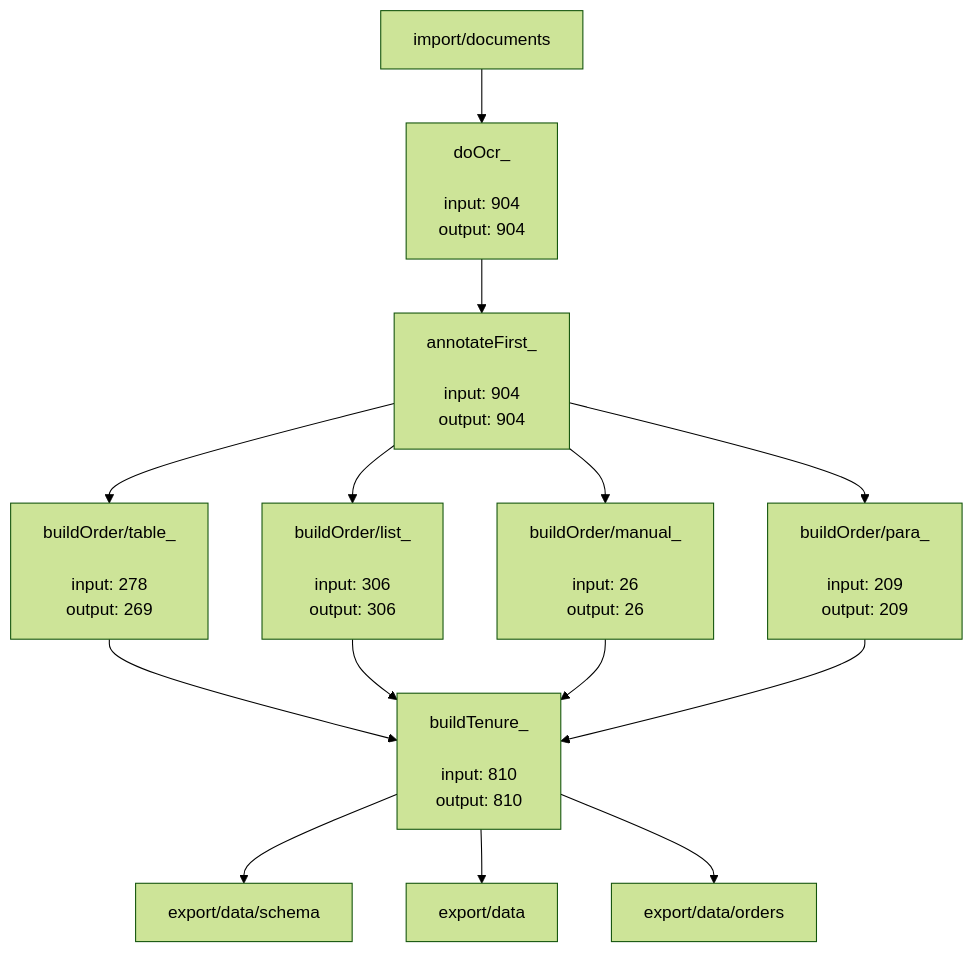
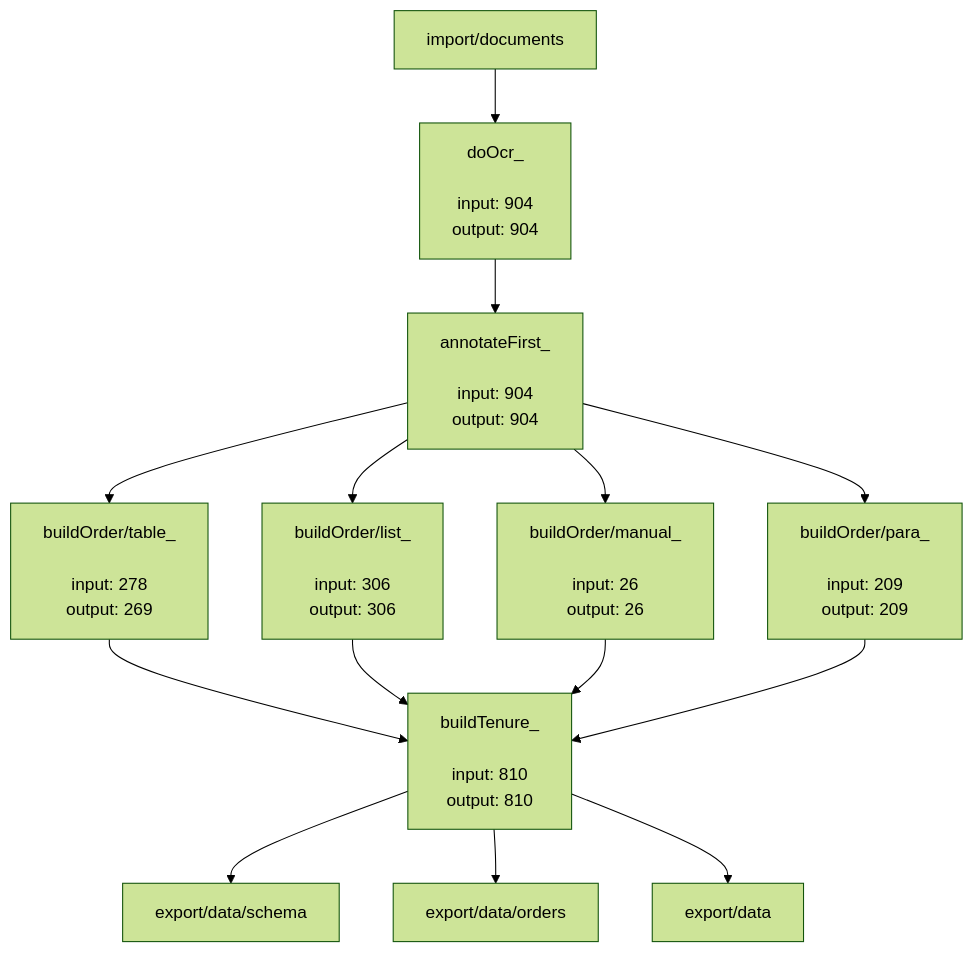
One commit to orgpedia/cabsec changed the diagram in flow/README.md. Above: the diagram before and after it, drawn with Mermaid (forest theme). The commit also changed other lines of this file, not shown here.

````diff
--- a/flow/README.md
+++ b/flow/README.md
@@ -4,27 +4,27 @@
 ```mermaid
 graph TD;
 	buildOrder/table_[<div align=leg>buildOrder/table_</div><br/>input: 278<br/>output: 269] --> buildTenure_[<div align=leg>buildTenure_</div><br/>input: 810<br/>output: 810];
 	buildOrder/list_[<div align=leg>buildOrder/list_</div><br/>input: 306<br/>output: 306] --> buildTenure_[<div align=leg>buildTenure_</div><br/>input: 810<br/>output: 810];
 	buildOrder/manual_[<div align=leg>buildOrder/manual_</div><br/>input: 26<br/>output: 26] --> buildTenure_[<div align=leg>buildTenure_</div><br/>input: 810<br/>output: 810];
 	buildOrder/para_[<div align=leg>buildOrder/para_</div><br/>input: 209<br/>output: 209] --> buildTenure_[<div align=leg>buildTenure_</div><br/>input: 810<br/>output: 810];
 	annotateFirst_[<div align=leg>annotateFirst_</div><br/>input: 904<br/>output: 904] --> buildOrder/table_;
 	annotateFirst_[<div align=leg>annotateFirst_</div><br/>input: 904<br/>output: 904] --> buildOrder/list_;
 	annotateFirst_[<div align=leg>annotateFirst_</div><br/>input: 904<br/>output: 904] --> buildOrder/manual_;
 	annotateFirst_[<div align=leg>annotateFirst_</div><br/>input: 904<br/>output: 904] --> buildOrder/para_;
 	doOcr_[<div align=leg>doOcr_</div><br/>input: 904<br/>output: 904] --> annotateFirst_;
 	import/documents --> doOcr_;
 	buildTenure_ --> export/data/schema;
+	buildTenure_ --> export/data/orders;
 	buildTenure_ --> export/data;
-	buildTenure_ --> export/data/orders;
+	click buildOrder/list_ "https://github.com/orgpedia/cabsec/tree/main/flow/buildOrder/list_" "buildOrder/list_";
+	click doOcr_ "https://github.com/orgpedia/cabsec/tree/main/flow/doOcr_" "doOcr_";
+	click buildOrder/table_ "https://github.com/orgpedia/cabsec/tree/main/flow/buildOrder/table_" "buildOrder/table_";
 	click annotateFirst_ "https://github.com/orgpedia/cabsec/tree/main/flow/annotateFirst_" "annotateFirst_";
-	click doOcr_ "https://github.com/orgpedia/cabsec/tree/main/flow/doOcr_" "doOcr_";
-	click buildOrder/manual_ "https://github.com/orgpedia/cabsec/tree/main/flow/buildOrder/manual_" "buildOrder/manual_";
 	click buildTenure_ "https://github.com/orgpedia/cabsec/tree/main/flow/buildTenure_" "buildTenure_";
 	click buildOrder/para_ "https://github.com/orgpedia/cabsec/tree/main/flow/buildOrder/para_" "buildOrder/para_";
-	click buildOrder/table_ "https://github.com/orgpedia/cabsec/tree/main/flow/buildOrder/table_" "buildOrder/table_";
-	click buildOrder/list_ "https://github.com/orgpedia/cabsec/tree/main/flow/buildOrder/list_" "buildOrder/list_";
-	click export/data "https://github.com/orgpedia/cabsec/tree/main/export/data" "export/data";
+	click buildOrder/manual_ "https://github.com/orgpedia/cabsec/tree/main/flow/buildOrder/manual_" "buildOrder/manual_";
+	click export/data/schema "https://github.com/orgpedia/cabsec/tree/main/export/data/schema" "export/data/schema";
 	click import/documents "https://github.com/orgpedia/cabsec/tree/main/import/documents" "import/documents";
 	click export/data/orders "https://github.com/orgpedia/cabsec/tree/main/export/data/orders" "export/data/orders";
-	click export/data/schema "https://github.com/orgpedia/cabsec/tree/main/export/data/schema" "export/data/schema";
+	click export/data "https://github.com/orgpedia/cabsec/tree/main/export/data" "export/data";
 ```
````
